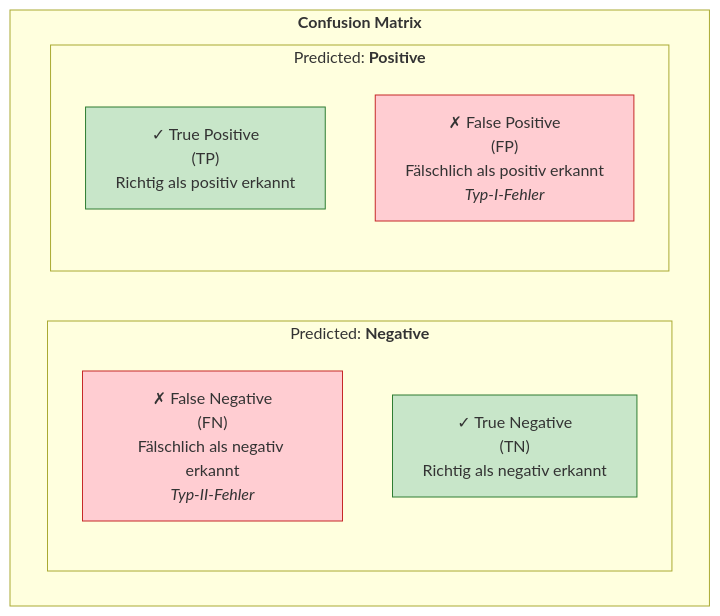
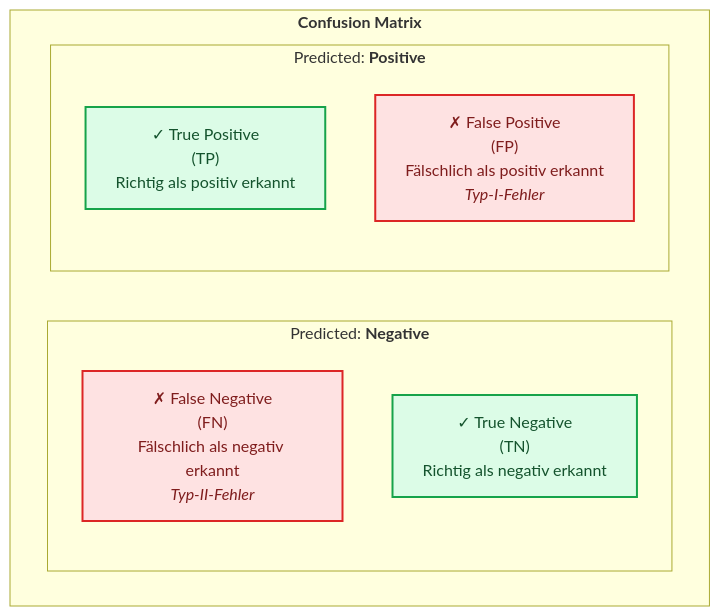
The diagram in docs/concepts/evaluate/bewertung_klassifizierung.md (ralf-42/ML_Intro), drawn with Mermaid before and after one commit. The commit also changed 67 other files, not shown here.

````diff
--- a/docs/concepts/evaluate/bewertung_klassifizierung.md
+++ b/docs/concepts/evaluate/bewertung_klassifizierung.md
@@ -36,23 +36,21 @@
 ```mermaid
 flowchart TB
     subgraph matrix["<b>Confusion Matrix"]
     
 		subgraph row2["Predicted: <b>Negative"]
             FN["✗ False Negative<br/>(FN)<br/>Fälschlich als negativ erkannt<br/><i>Typ-II-Fehler</i>"]
             TN["✓ True Negative<br/>(TN)<br/>Richtig als negativ erkannt"]
         end
         subgraph row1["Predicted: <b>Positive"]
             TP["✓ True Positive<br/>(TP)<br/>Richtig als positiv erkannt"]
             FP["✗ False Positive<br/>(FP)<br/>Fälschlich als positiv erkannt<br/><i>Typ-I-Fehler</i>"]
         end
 
     end
-    
- 
-    
-    
-    style TP fill:#c8e6c9,stroke:#2e7d32
-    style TN fill:#c8e6c9,stroke:#2e7d32
-    style FP fill:#ffcdd2,stroke:#c62828
-    style FN fill:#ffcdd2,stroke:#c62828
+
+    classDef default fill:#e0f2fe,stroke:#0284c7,stroke-width:2px,color:#0c4a6e;
+    classDef output fill:#dcfce7,stroke:#16a34a,stroke-width:2px,color:#14532d;
+    classDef stop fill:#fee2e2,stroke:#dc2626,stroke-width:2px,color:#7f1d1d;
+    class TP,TN output;
+    class FP,FN stop;
 ```
````
